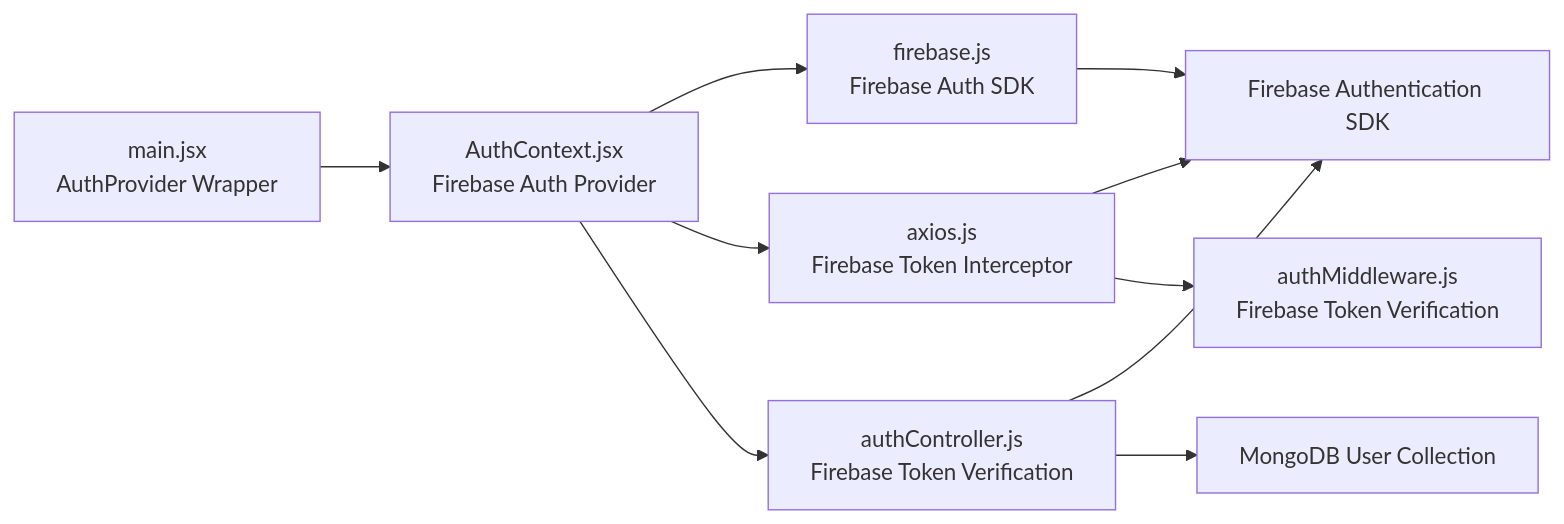
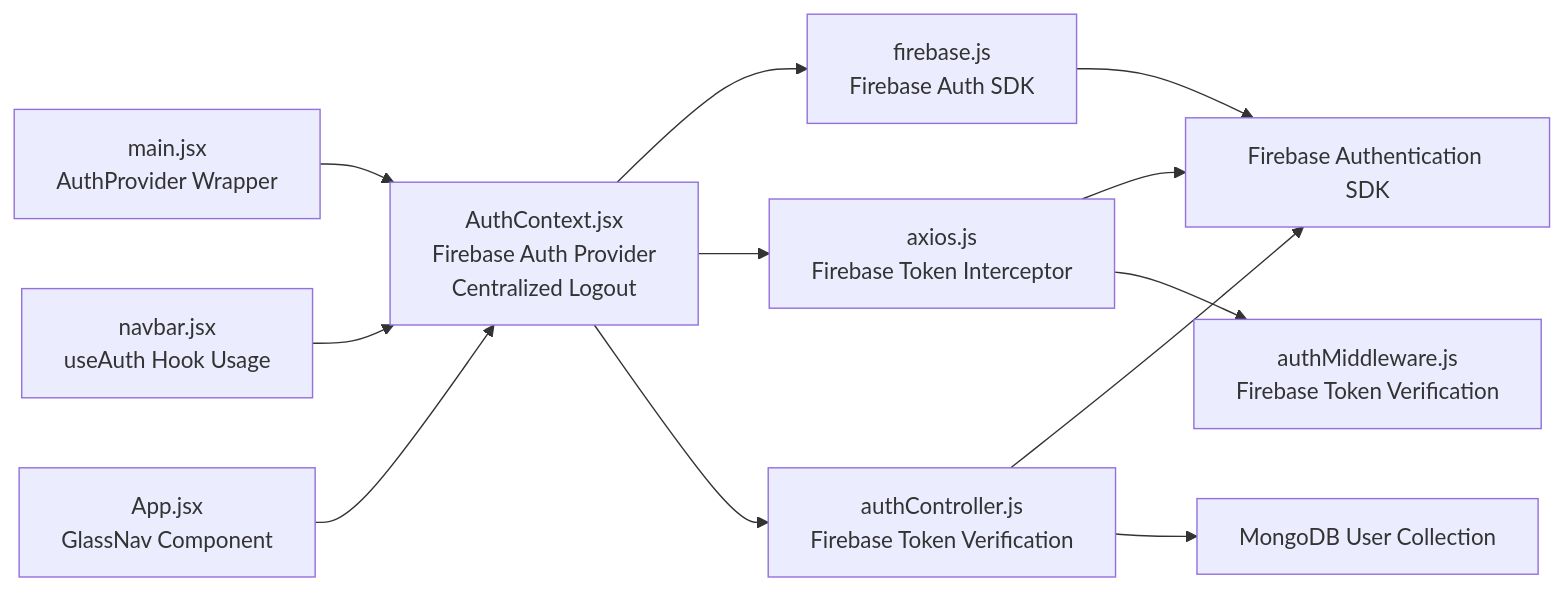
Before and after one commit to Pavan-PSPK9032/TrendsandToss: the tenth of 10 diagrams in .qoder/repowiki/en/content/Authentication & Authorization/Frontend Authentication State Management.md, drawn with Mermaid. The commit also changed other lines of this file and 6 other files, not shown here.

````diff
--- a/.qoder/repowiki/en/content/Authentication & Authorization/Frontend Authentication State Management.md
+++ b/.qoder/repowiki/en/content/Authentication & Authorization/Frontend Authentication State Management.md
@@ -376,12 +438,14 @@
 ```mermaid
 graph LR
-MAIN["main.jsx<br/>AuthProvider Wrapper"] --> AC["AuthContext.jsx<br/>Firebase Auth Provider"]
+MAIN["main.jsx<br/>AuthProvider Wrapper"] --> AC["AuthContext.jsx<br/>Firebase Auth Provider<br/>Centralized Logout"]
 AC --> FA["firebase.js<br/>Firebase Auth SDK"]
 AC --> AX["axios.js<br/>Firebase Token Interceptor"]
 FA --> FASDK["Firebase Authentication SDK"]
 AC --> BC["authController.js<br/>Firebase Token Verification"]
 BC --> FASDK
 BC --> DB["MongoDB User Collection"]
 AX --> FASDK
 AX --> BM["authMiddleware.js<br/>Firebase Token Verification"]
+NAV["navbar.jsx<br/>useAuth Hook Usage"] --> AC
+GLASSNAV["App.jsx<br/>GlassNav Component"] --> AC
 ```
````
